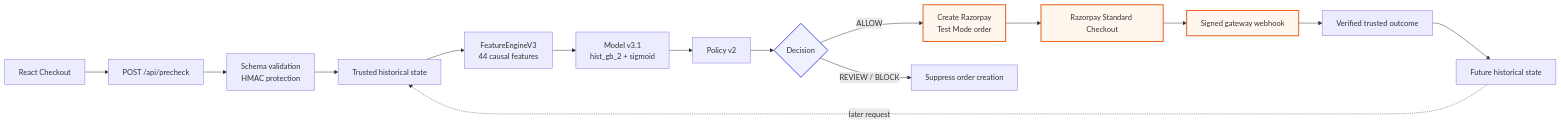
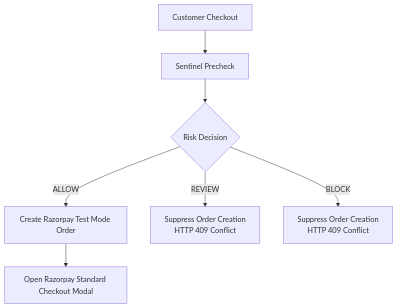
One commit to nirajj12/Card-Testing-Sentinel changed the first of 2 diagrams in README.md. Above: the diagram before and after it, drawn with Mermaid. The commit also changed other lines of this file and 4 other files, not shown here.

````diff
--- a/README.md
+++ b/README.md
@@ -121,24 +110,9 @@
 ```mermaid
-flowchart LR
-    A[React Checkout] --> B[POST /api/precheck]
-    B --> C[Schema validation<br/>HMAC protection]
-    C --> D[Trusted historical state]
-    D --> E[FeatureEngineV3<br/>44 causal features]
-    E --> F[Model v3.1<br/>hist_gb_2 + sigmoid]
-    F --> G[Policy v2]
-    G --> H{Decision}
-
-    H -->|ALLOW| I[Create Razorpay<br/>Test Mode order]
-    H -->|REVIEW / BLOCK| J[Suppress order creation]
-
-    I --> K[Razorpay Standard Checkout]
-    K --> L[Signed gateway webhook]
-    L --> M[Verified trusted outcome]
-    M --> N[Future historical state]
-    N -. later request .-> D
-
-    classDef decision fill:#eef2ff,stroke:#4f46e5,stroke-width:2px;
-    classDef gateway fill:#fff7ed,stroke:#ea580c,stroke-width:2px;
-    class H decision;
-    class I,K,L gateway;
+flowchart TD
+    A[Customer Checkout] --> B[Sentinel Precheck]
+    B --> C{Risk Decision}
+    C -->|ALLOW| D[Create Razorpay Test Mode Order]
+    C -->|REVIEW| E[Suppress Order Creation<br/>HTTP 409 Conflict]
+    C -->|BLOCK| F[Suppress Order Creation<br/>HTTP 409 Conflict]
+    D --> G[Open Razorpay Standard Checkout Modal]
 ```
````
